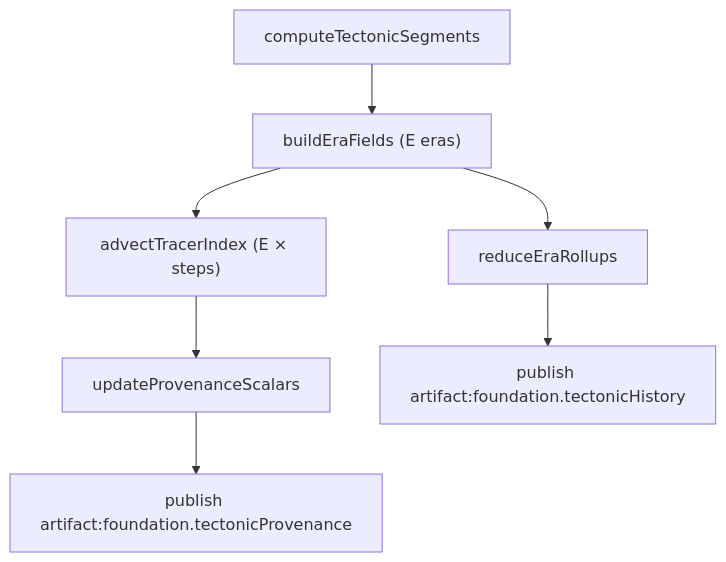
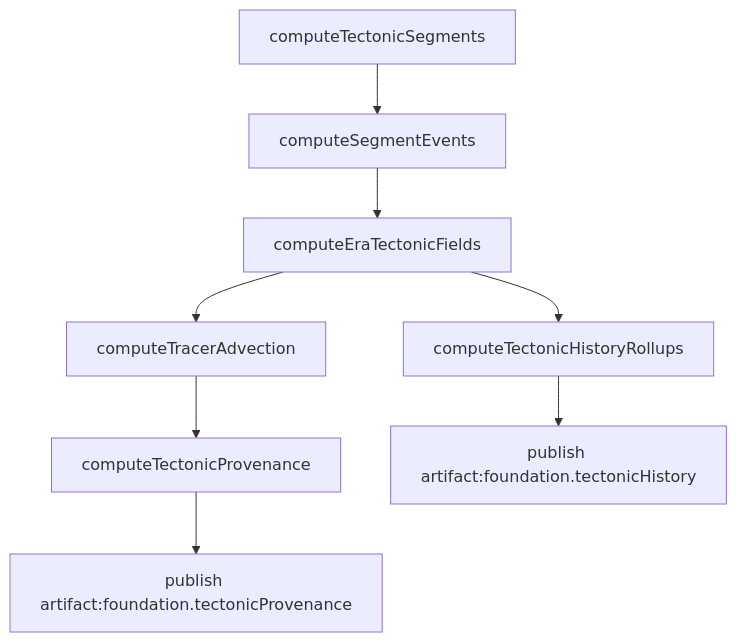
One commit to mateicanavra/civ7-modding-tools changed the diagram in docs/projects/pipeline-realism/resources/spec/sections/history-and-provenance.md. Above: the diagram before and after it, drawn with Mermaid. The commit also changed other lines of this file and 47 other files, not shown here.

Commit message:
refactor(mapgen): align foundation authoring contracts Checkpoint the foundation authoring surface alignment: mesh and plate topology contracts, history normalization docs, generated map config updates, and foundation contract tests.

````diff
--- a/docs/projects/pipeline-realism/resources/spec/sections/history-and-provenance.md
+++ b/docs/projects/pipeline-realism/resources/spec/sections/history-and-provenance.md
@@ -133,9 +133,10 @@
 ```mermaid
 flowchart TD
-  A["computeTectonicSegments"] --> B["buildEraFields (E eras)"]
-  B --> C["reduceEraRollups"]
-  B --> D["advectTracerIndex (E × steps)"]
-  D --> E["updateProvenanceScalars"]
-  C --> F["publish artifact:foundation.tectonicHistory"]
-  E --> G["publish artifact:foundation.tectonicProvenance"]
+  A["computeTectonicSegments"] --> B["computeSegmentEvents"]
+  B --> C["computeEraTectonicFields"]
+  C --> D["computeTectonicHistoryRollups"]
+  C --> E["computeTracerAdvection"]
+  E --> F["computeTectonicProvenance"]
+  D --> G["publish artifact:foundation.tectonicHistory"]
+  F --> H["publish artifact:foundation.tectonicProvenance"]
 ```
````
